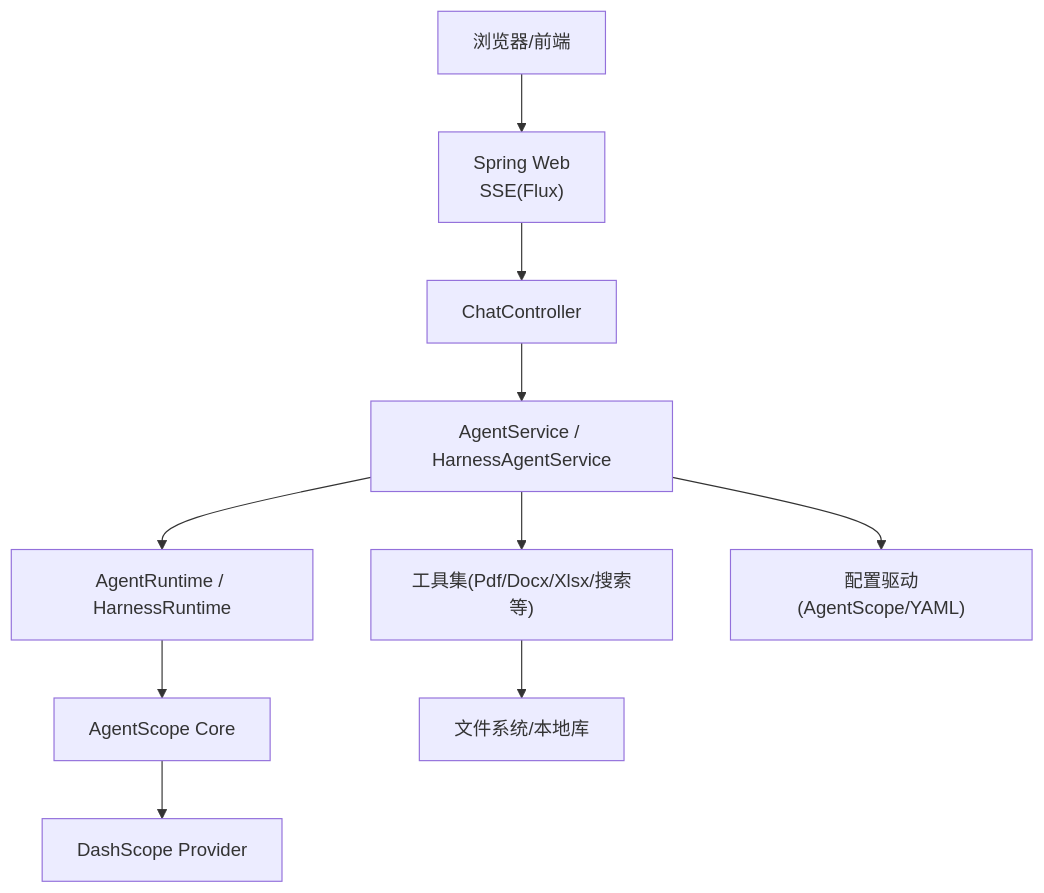
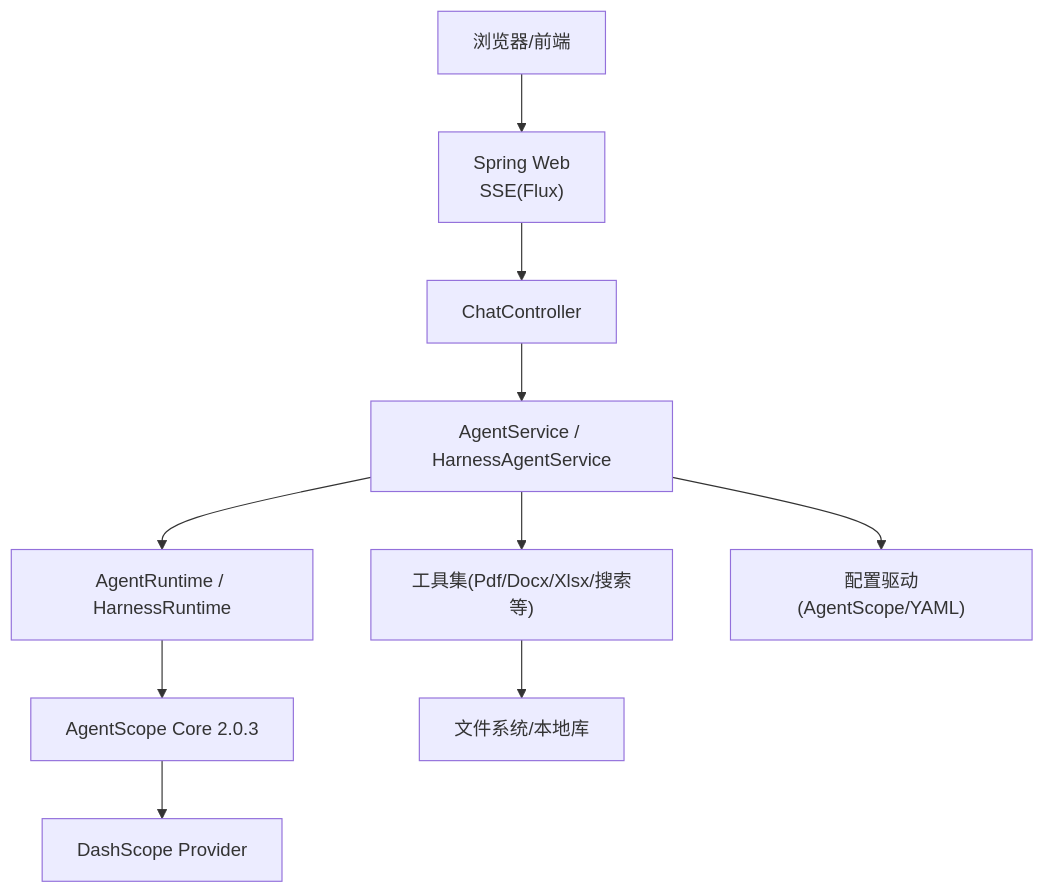
The first of 4 diagrams in .qoder/repowiki/zh/content/项目概览/技术栈概览.md (tinyhu/agentscope-demo), drawn with Mermaid before and after one commit. The commit also changed other lines of this file and 111 other files, not shown here.

````diff
--- a/.qoder/repowiki/zh/content/项目概览/技术栈概览.md
+++ b/.qoder/repowiki/zh/content/项目概览/技术栈概览.md
@@ -32,12 +39,12 @@
 ```mermaid
 graph TB
-    Client["浏览器/前端"] --> WebServer["Spring Web<br/>SSE(Flux<ServerSentEvent>)"]
-    WebServer --> Controller["ChatController"]
-    Controller --> Service["AgentService / HarnessAgentService"]
-    Service --> Runtime["AgentRuntime / HarnessRuntime"]
-    Runtime --> AgentScopeCore["AgentScope Core"]
-    AgentScopeCore --> ModelProvider["DashScope Provider"]
-    Service --> Tools["工具集(Pdf/Docx/Xlsx/搜索等)"]
-    Tools --> ExternalDocs["文件系统/本地库"]
-    Service --> ConfigLayer["配置驱动(AgentScope/YAML)"]
+Client["浏览器/前端"] --> WebServer["Spring Web<br/>SSE(Flux<ServerSentEvent>)"]
+WebServer --> Controller["ChatController"]
+Controller --> Service["AgentService / HarnessAgentService"]
+Service --> Runtime["AgentRuntime / HarnessRuntime"]
+Runtime --> AgentScopeCore["AgentScope Core 2.0.3"]
+AgentScopeCore --> ModelProvider["DashScope Provider"]
+Service --> Tools["工具集(Pdf/Docx/Xlsx/搜索等)"]
+Tools --> ExternalDocs["文件系统/本地库"]
+Service --> ConfigLayer["配置驱动(AgentScope/YAML)"]
 ```
````
